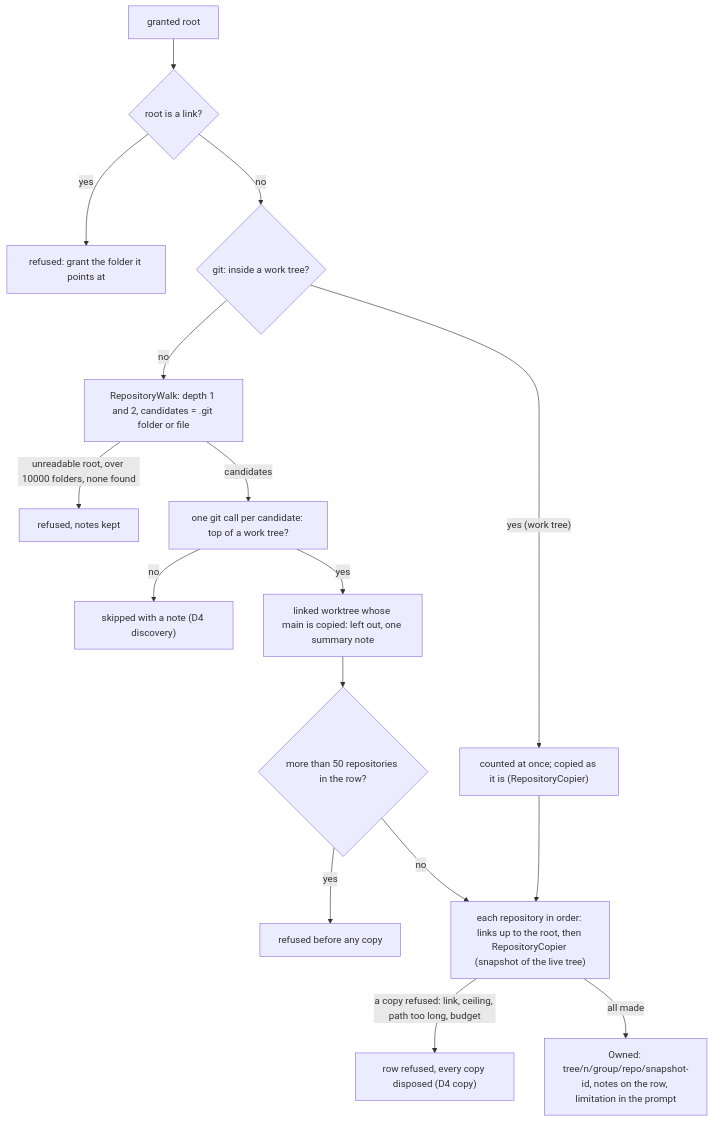
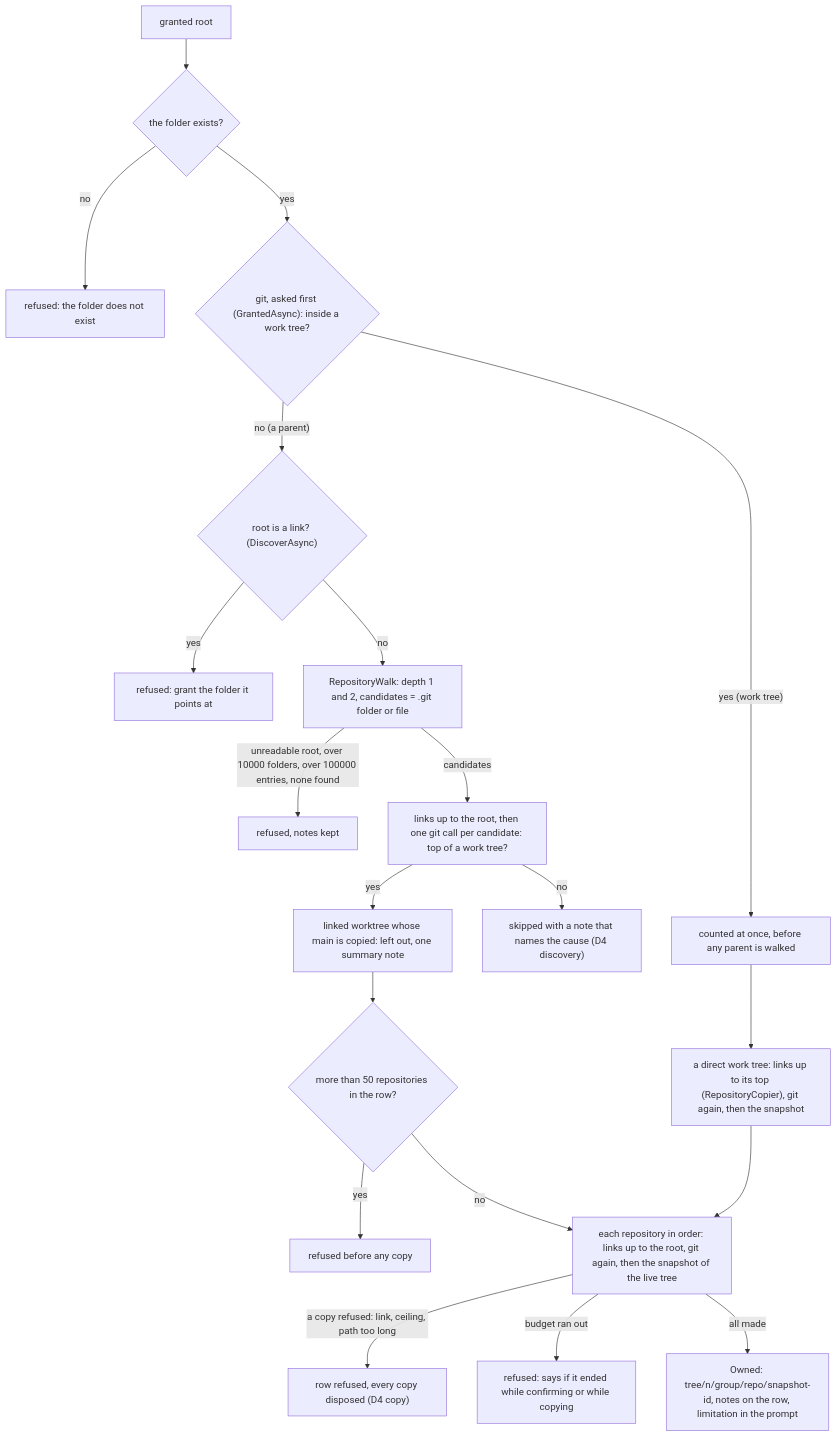
Diagram 17 of 22 in research/module_runners.md (oleksandrdubyna88/dew_flow_connect_other_ais), drawn with Mermaid before and after one commit. The commit also changed other lines of this file and 25 other files, not shown here.

First line of the commit message:
fix(consult): the epic-1 code gate fixes for a Vibe disk row on a parent folder (A-P)

````diff
--- a/research/module_runners.md
+++ b/research/module_runners.md
@@ -3321,18 +3345,22 @@
 ```mermaid
 flowchart TD
-  grant["granted root"] --> link{"root is a link?"}
+  grant["granted root"] --> exists{"the folder exists?"}
+  exists -->|no| refuseMissing["refused: the folder does not exist"]
+  exists -->|yes| git0{"git, asked first (GrantedAsync): inside a work tree?"}
+  git0 -->|"yes (work tree)"| direct["counted at once, before any parent is walked"]
+  git0 -->|"no (a parent)"| link{"root is a link? (DiscoverAsync)"}
   link -->|yes| refuseLink["refused: grant the folder it points at"]
-  link -->|no| git0{"git: inside a work tree?"}
-  git0 -->|"yes (work tree)"| direct["counted at once; copied as it is (RepositoryCopier)"]
-  git0 -->|no| walk["RepositoryWalk: depth 1 and 2, candidates = .git folder or file"]
-  walk -->|"unreadable root, over 10000 folders, none found"| refuseWalk["refused, notes kept"]
-  walk -->|candidates| confirm["one git call per candidate: top of a work tree?"]
-  confirm -->|no| skip["skipped with a note (D4 discovery)"]
+  link -->|no| walk["RepositoryWalk: depth 1 and 2, candidates = .git folder or file"]
+  walk -->|"unreadable root, over 10000 folders, over 100000 entries, none found"| refuseWalk["refused, notes kept"]
+  walk -->|candidates| confirm["links up to the root, then one git call per candidate: top of a work tree?"]
+  confirm -->|no| skip["skipped with a note that names the cause (D4 discovery)"]
   confirm -->|yes| select["linked worktree whose main is copied: left out, one summary note"]
   select --> bound{"more than 50 repositories in the row?"}
   bound -->|yes| refuseBound["refused before any copy"]
-  bound -->|no| copy["each repository in order: links up to the root, then RepositoryCopier (snapshot of the live tree)"]
-  direct --> copy
-  copy -->|"a copy refused: link, ceiling, path too long, budget"| refuseRow["row refused, every copy disposed (D4 copy)"]
+  bound -->|no| copy["each repository in order: links up to the root, git again, then the snapshot of the live tree"]
+  direct --> copyDirect["a direct work tree: links up to its top (RepositoryCopier), git again, then the snapshot"]
+  copyDirect --> copy
+  copy -->|"a copy refused: link, ceiling, path too long"| refuseRow["row refused, every copy disposed (D4 copy)"]
+  copy -->|"budget ran out"| refuseBudget["refused: says if it ended while confirming or while copying"]
   copy -->|all made| owned["Owned: tree/n/group/repo/snapshot-id, notes on the row, limitation in the prompt"]
 ```
````
